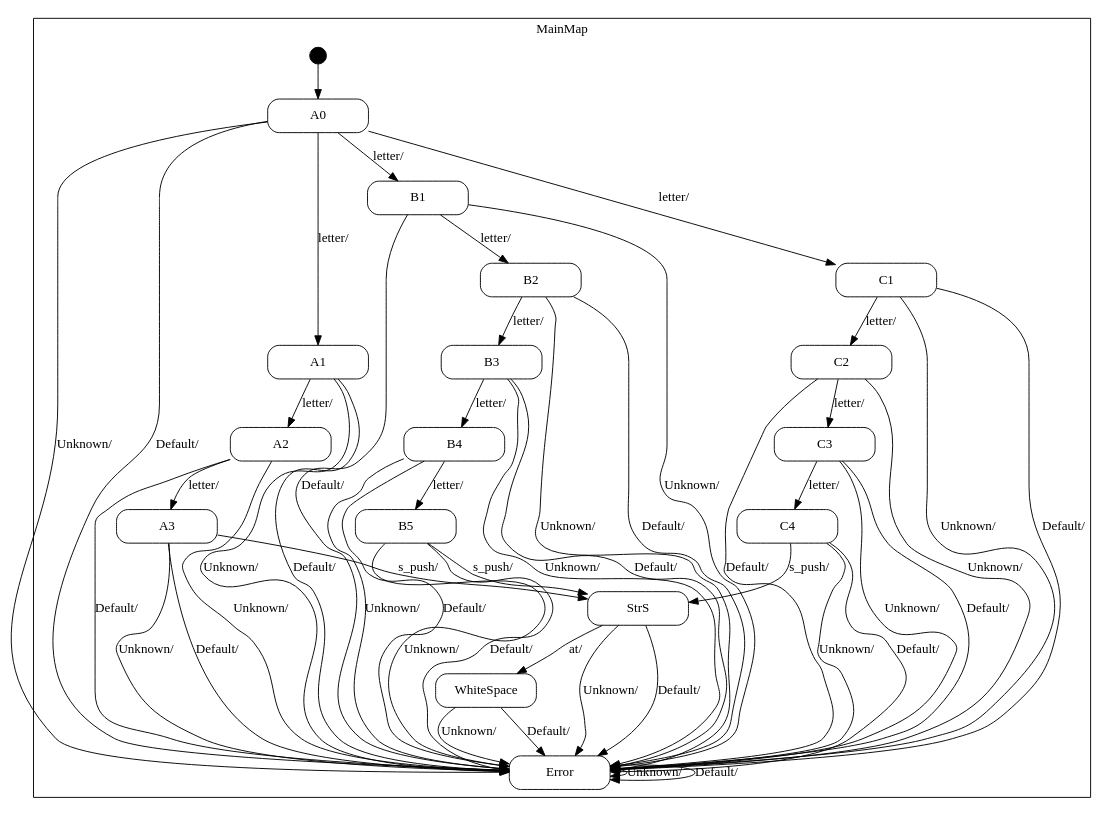
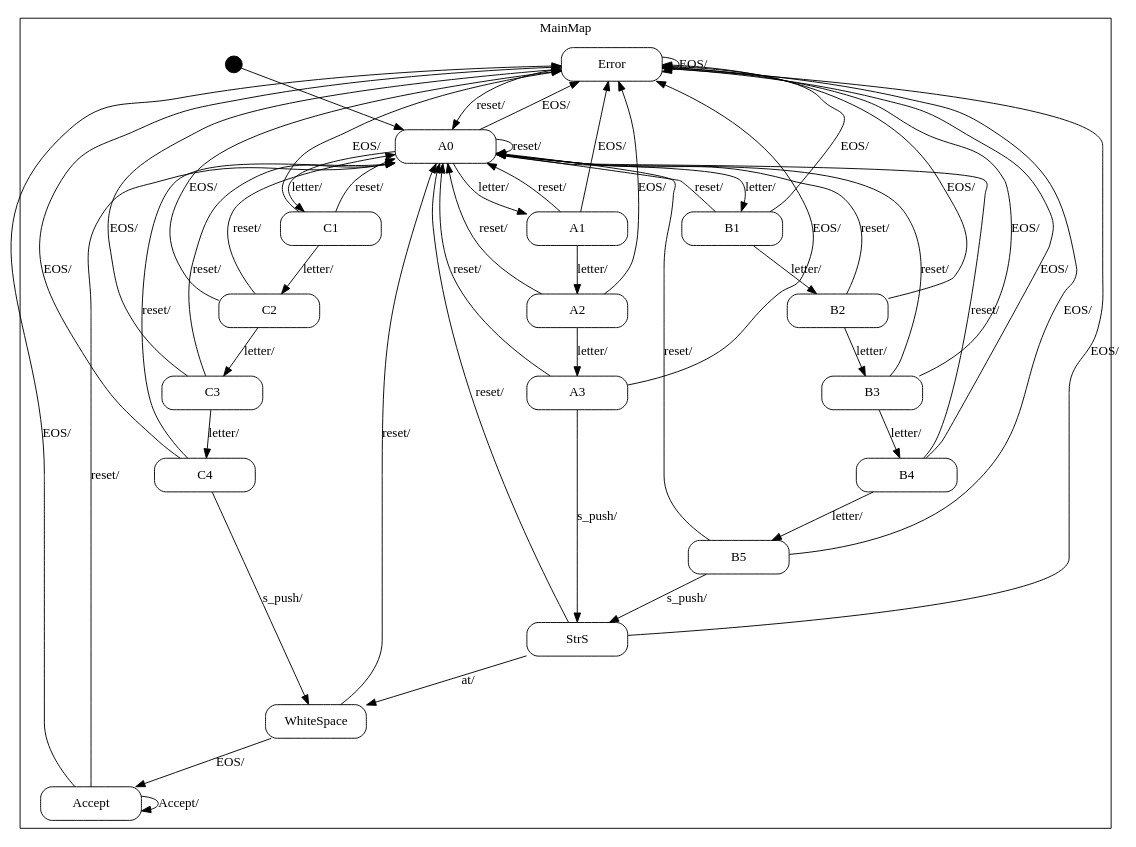
One commit to qwamm/automata_theory changed the diagram in recognizer_sm.dot. Above: the diagram before and after it, drawn with Graphviz. The commit also changed 8 other files, not shown here.

```diff
--- a/recognizer_sm.dot
+++ b/recognizer_sm.dot
@@ -13,6 +13,9 @@
 
         "MainMap::Error"
             [label="{Error}"];
+
+        "MainMap::Accept"
+            [label="{Accept}"];
 
         "MainMap::A0"
             [label="{A0}"];
@@ -66,11 +69,20 @@
         // Transitions (Edges)
         //
 
-        "MainMap::Error" -> "MainMap::Error"
-            [label="Unknown/\l"];
+        "MainMap::Error" -> "MainMap::A0"
+            [label="reset/\l"];
 
         "MainMap::Error" -> "MainMap::Error"
-            [label="Default/\l"];
+            [label="EOS/\l"];
+
+        "MainMap::Accept" -> "MainMap::Accept"
+            [label="Accept/\l"];
+
+        "MainMap::Accept" -> "MainMap::A0"
+            [label="reset/\l"];
+
+        "MainMap::Accept" -> "MainMap::Error"
+            [label="EOS/\l"];
 
         "MainMap::A0" -> "MainMap::A1"
             [label="letter/\l"];
@@ -81,134 +93,134 @@
         "MainMap::A0" -> "MainMap::C1"
             [label="letter/\l"];
 
-        "MainMap::A0" -> "MainMap::Error"
-            [label="Unknown/\l"];
+        "MainMap::A0" -> "MainMap::A0"
+            [label="reset/\l"];
 
         "MainMap::A0" -> "MainMap::Error"
-            [label="Default/\l"];
+            [label="EOS/\l"];
 
         "MainMap::A1" -> "MainMap::A2"
             [label="letter/\l"];
 
-        "MainMap::A1" -> "MainMap::Error"
-            [label="Unknown/\l"];
+        "MainMap::A1" -> "MainMap::A0"
+            [label="reset/\l"];
 
         "MainMap::A1" -> "MainMap::Error"
-            [label="Default/\l"];
+            [label="EOS/\l"];
 
         "MainMap::A2" -> "MainMap::A3"
             [label="letter/\l"];
 
-        "MainMap::A2" -> "MainMap::Error"
-            [label="Unknown/\l"];
+        "MainMap::A2" -> "MainMap::A0"
+            [label="reset/\l"];
 
         "MainMap::A2" -> "MainMap::Error"
-            [label="Default/\l"];
+            [label="EOS/\l"];
 
         "MainMap::A3" -> "MainMap::StrS"
             [label="s_push/\l"];
 
-        "MainMap::A3" -> "MainMap::Error"
-            [label="Unknown/\l"];
+        "MainMap::A3" -> "MainMap::A0"
+            [label="reset/\l"];
 
         "MainMap::A3" -> "MainMap::Error"
-            [label="Default/\l"];
+            [label="EOS/\l"];
 
         "MainMap::B1" -> "MainMap::B2"
             [label="letter/\l"];
 
-        "MainMap::B1" -> "MainMap::Error"
-            [label="Unknown/\l"];
+        "MainMap::B1" -> "MainMap::A0"
+            [label="reset/\l"];
 
         "MainMap::B1" -> "MainMap::Error"
-            [label="Default/\l"];
+            [label="EOS/\l"];
 
         "MainMap::B2" -> "MainMap::B3"
             [label="letter/\l"];
 
-        "MainMap::B2" -> "MainMap::Error"
-            [label="Unknown/\l"];
+        "MainMap::B2" -> "MainMap::A0"
+            [label="reset/\l"];
 
         "MainMap::B2" -> "MainMap::Error"
-            [label="Default/\l"];
+            [label="EOS/\l"];
 
         "MainMap::B3" -> "MainMap::B4"
             [label="letter/\l"];
 
-        "MainMap::B3" -> "MainMap::Error"
-            [label="Unknown/\l"];
+        "MainMap::B3" -> "MainMap::A0"
+            [label="reset/\l"];
 
         "MainMap::B3" -> "MainMap::Error"
-            [label="Default/\l"];
+            [label="EOS/\l"];
 
         "MainMap::B4" -> "MainMap::B5"
             [label="letter/\l"];
 
-        "MainMap::B4" -> "MainMap::Error"
-            [label="Unknown/\l"];
+        "MainMap::B4" -> "MainMap::A0"
+            [label="reset/\l"];
 
         "MainMap::B4" -> "MainMap::Error"
-            [label="Default/\l"];
+            [label="EOS/\l"];
 
         "MainMap::B5" -> "MainMap::StrS"
             [label="s_push/\l"];
 
-        "MainMap::B5" -> "MainMap::Error"
-            [label="Unknown/\l"];
+        "MainMap::B5" -> "MainMap::A0"
+            [label="reset/\l"];
 
         "MainMap::B5" -> "MainMap::Error"
-            [label="Default/\l"];
+            [label="EOS/\l"];
 
         "MainMap::C1" -> "MainMap::C2"
             [label="letter/\l"];
 
-        "MainMap::C1" -> "MainMap::Error"
-            [label="Unknown/\l"];
+        "MainMap::C1" -> "MainMap::A0"
+            [label="reset/\l"];
 
         "MainMap::C1" -> "MainMap::Error"
-            [label="Default/\l"];
+            [label="EOS/\l"];
 
         "MainMap::C2" -> "MainMap::C3"
             [label="letter/\l"];
 
-        "MainMap::C2" -> "MainMap::Error"
-            [label="Unknown/\l"];
+        "MainMap::C2" -> "MainMap::A0"
+            [label="reset/\l"];
 
         "MainMap::C2" -> "MainMap::Error"
-            [label="Default/\l"];
+            [label="EOS/\l"];
 
         "MainMap::C3" -> "MainMap::C4"
             [label="letter/\l"];
 
-        "MainMap::C3" -> "MainMap::Error"
-            [label="Unknown/\l"];
+        "MainMap::C3" -> "MainMap::A0"
+            [label="reset/\l"];
 
         "MainMap::C3" -> "MainMap::Error"
-            [label="Default/\l"];
+            [label="EOS/\l"];
 
-        "MainMap::C4" -> "MainMap::StrS"
+        "MainMap::C4" -> "MainMap::WhiteSpace"
             [label="s_push/\l"];
 
-        "MainMap::C4" -> "MainMap::Error"
-            [label="Unknown/\l"];
+        "MainMap::C4" -> "MainMap::A0"
+            [label="reset/\l"];
 
         "MainMap::C4" -> "MainMap::Error"
-            [label="Default/\l"];
+            [label="EOS/\l"];
 
         "MainMap::StrS" -> "MainMap::WhiteSpace"
             [label="at/\l"];
 
-        "MainMap::StrS" -> "MainMap::Error"
-            [label="Unknown/\l"];
+        "MainMap::StrS" -> "MainMap::A0"
+            [label="reset/\l"];
 
         "MainMap::StrS" -> "MainMap::Error"
-            [label="Default/\l"];
+            [label="EOS/\l"];
 
-        "MainMap::WhiteSpace" -> "MainMap::Error"
-            [label="Unknown/\l"];
+        "MainMap::WhiteSpace" -> "MainMap::Accept"
+            [label="EOS/\l"];
 
-        "MainMap::WhiteSpace" -> "MainMap::Error"
-            [label="Default/\l"];
+        "MainMap::WhiteSpace" -> "MainMap::A0"
+            [label="reset/\l"];
 
         "%start" -> "MainMap::A0"
     }
```
